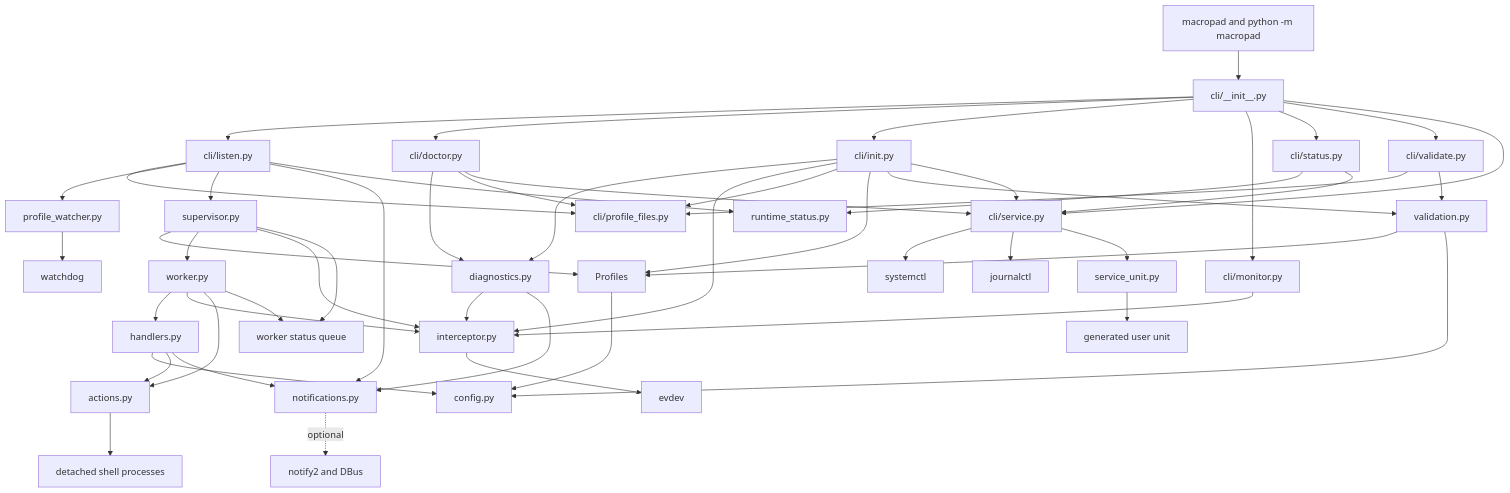
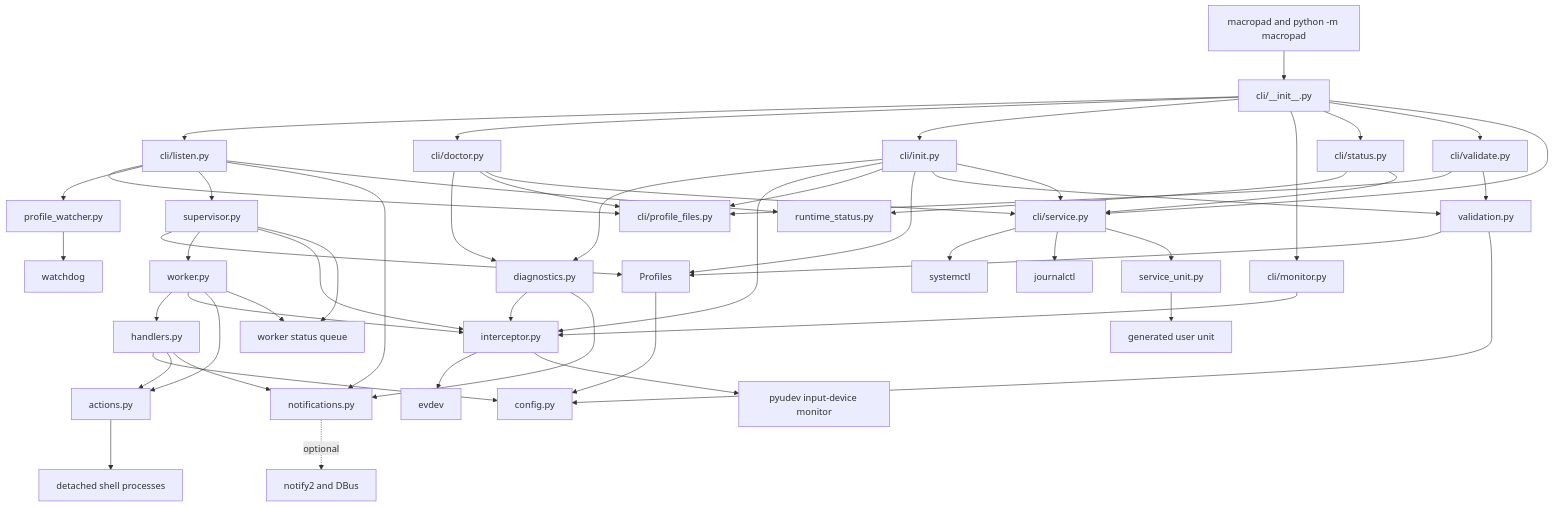
The first of 4 diagrams in src/macropad/README.md (rafaelglikis/macropad), drawn with Mermaid before and after one commit. The commit also changed other lines of this file and 6 other files, not shown here.

````diff
--- a/src/macropad/README.md
+++ b/src/macropad/README.md
@@ -42,64 +42,65 @@
 ```mermaid
 flowchart TD
     Entrypoints[macropad and python -m macropad] --> CLI[cli/__init__.py]
     CLI --> Listen[cli/listen.py]
     CLI --> Doctor[cli/doctor.py]
     CLI --> Init[cli/init.py]
     CLI --> Monitor[cli/monitor.py]
     CLI --> Status[cli/status.py]
     CLI --> ValidateCommand[cli/validate.py]
     CLI --> Service[cli/service.py]
 
     Listen --> ProfileFiles[cli/profile_files.py]
     Listen --> ProfileWatcher[profile_watcher.py]
     Listen --> Supervisor[supervisor.py]
     Listen --> Notifications[notifications.py]
     Listen --> RuntimeStatus[runtime_status.py]
 
     Doctor --> Diagnostics[diagnostics.py]
     Doctor --> ProfileFiles
     Doctor --> Service
     Diagnostics --> Interceptor[interceptor.py]
     Diagnostics --> Notifications
 
     Init --> Diagnostics
     Init --> Interceptor
     Init --> ProfileFiles
     Init --> Profiles
     Init --> Validation
     Init --> Service
 
     Monitor --> Interceptor
     Status --> RuntimeStatus
     Status --> Service
 
     ValidateCommand --> ProfileFiles
     ValidateCommand --> Validation[validation.py]
 
     Supervisor --> Profiles
     Supervisor --> Worker[worker.py]
     Supervisor --> Interceptor
 
     Validation --> Profiles
     Validation --> Config
     Profiles --> Config[config.py]
     ProfileWatcher --> Watchdog[watchdog]
     Service --> Systemd[systemctl]
     Service --> Journal[journalctl]
     Service --> ServiceUnit[service_unit.py]
     ServiceUnit --> UnitFile[generated user unit]
 
     Worker --> Handler[handlers.py]
     Worker --> Interceptor
     Worker --> Actions
     Worker --> StatusQueue[worker status queue]
     Supervisor --> StatusQueue
 
     Handler --> Config
     Handler --> Actions[actions.py]
     Handler --> Notifications
 
     Interceptor --> Evdev[evdev]
+    Interceptor --> Udev[pyudev input-device monitor]
     Actions --> Shell[detached shell processes]
     Notifications -. optional .-> Notify2[notify2 and DBus]
 ```
````
